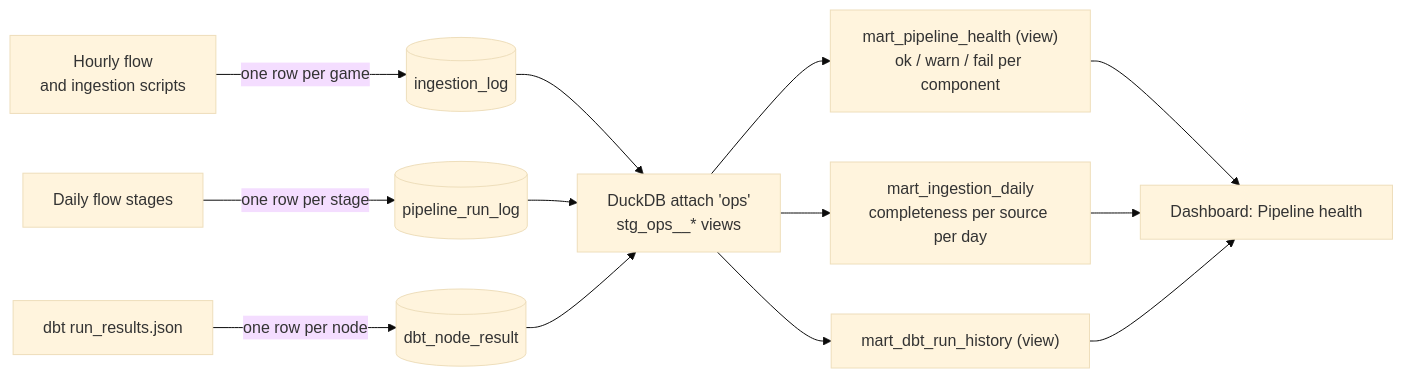
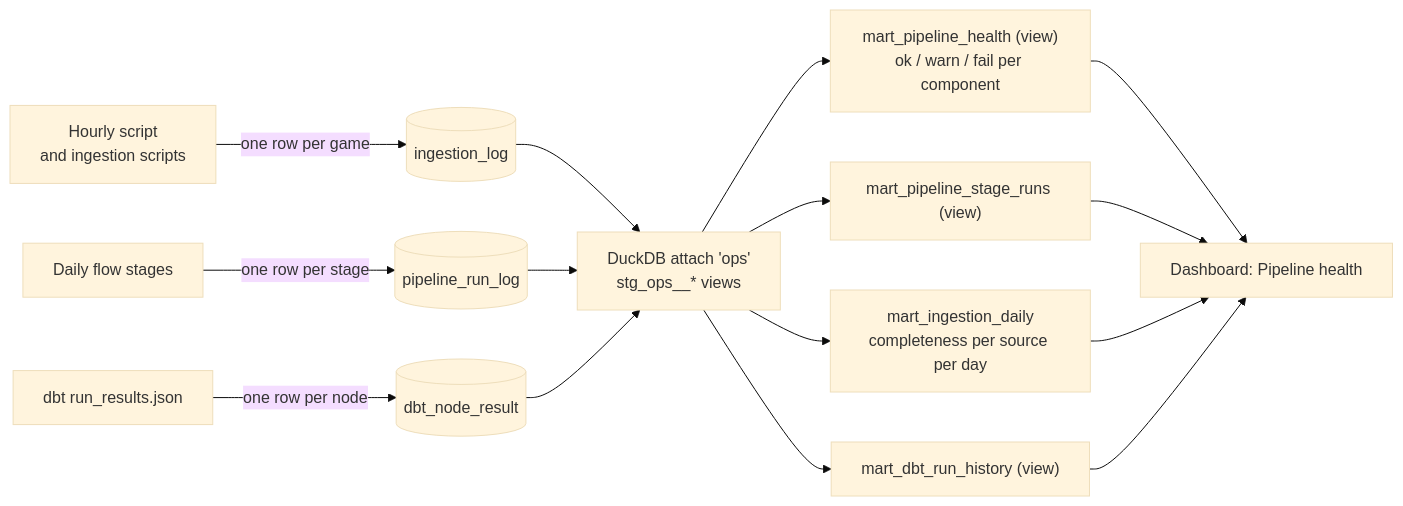
One commit to Aakash-1107/Game-Market-Intelligence changed the eighth of 8 diagrams in docs/TRD.md. Above: the diagram before and after it, drawn with Mermaid (base theme). The commit also changed other lines of this file and 14 other files, not shown here.

````diff
--- a/docs/TRD.md
+++ b/docs/TRD.md
@@ -396,15 +408,17 @@
 ```mermaid
 flowchart LR
-    H["Hourly flow<br/>and ingestion scripts"] -->|"one row per game"| IL[("ingestion_log")]
+    H["Hourly script<br/>and ingestion scripts"] -->|"one row per game"| IL[("ingestion_log")]
     DF["Daily flow stages"] -->|"one row per stage"| PRL[("pipeline_run_log")]
     DBTR["dbt run_results.json"] -->|"one row per node"| DNR[("dbt_node_result")]
     IL --> OPS["DuckDB attach 'ops'<br/>stg_ops__* views"]
     PRL --> OPS
     DNR --> OPS
     OPS --> MPH["mart_pipeline_health (view)<br/>ok / warn / fail per component"]
+    OPS --> MSR["mart_pipeline_stage_runs (view)"]
     OPS --> MID["mart_ingestion_daily<br/>completeness per source per day"]
     OPS --> MRH["mart_dbt_run_history (view)"]
     MPH --> PAGE["Dashboard: Pipeline health"]
+    MSR --> PAGE
     MID --> PAGE
     MRH --> PAGE
 ```
````
